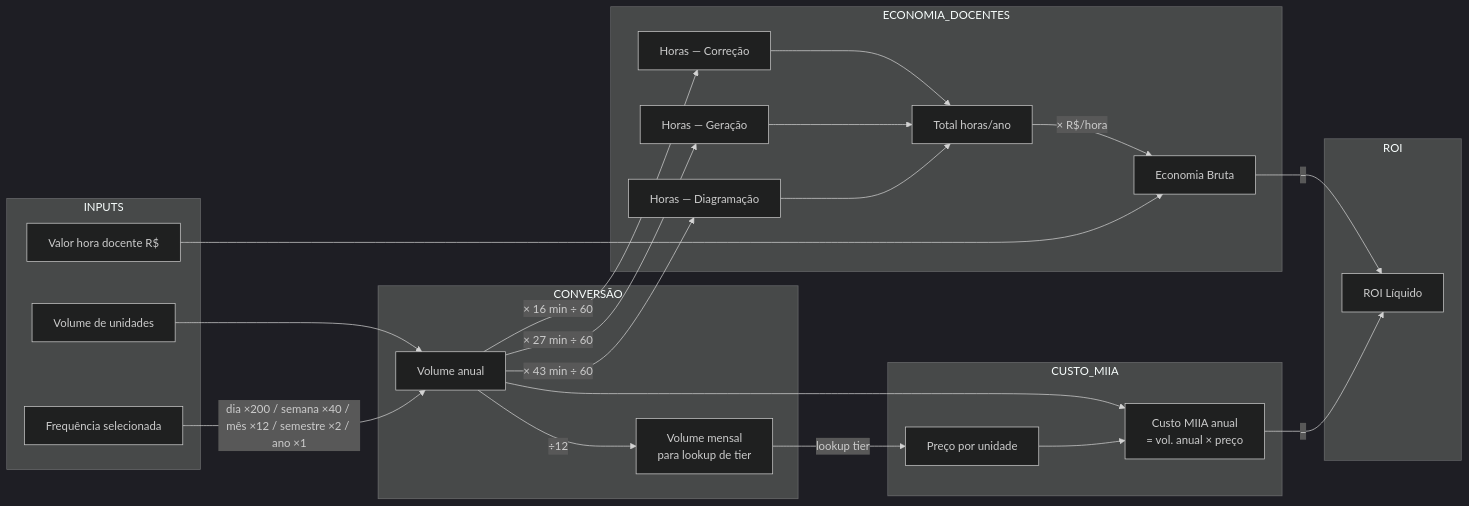
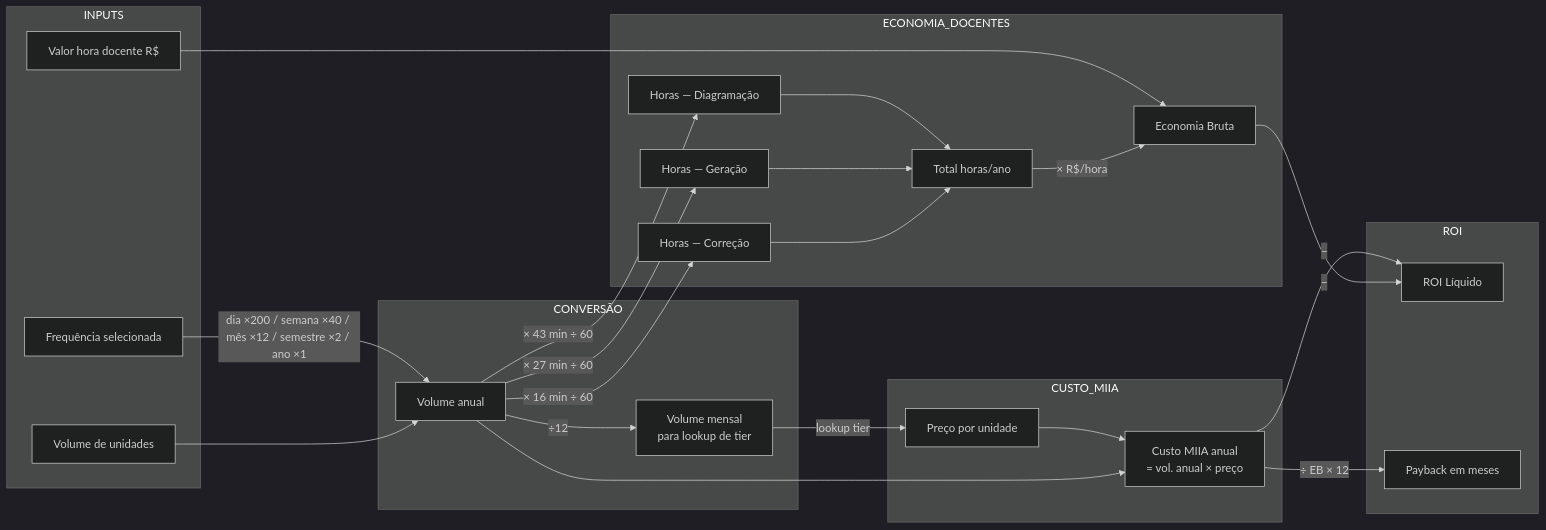
The second of 4 diagrams in README.md (Gustavo130803/calculadora-miia), drawn with Mermaid (dark theme) before and after one commit. The commit also changed other lines of this file, not shown here.

Commit message:
docs: atualiza README — substitui Eficiência Ganha por Payback

````diff
--- a/README.md
+++ b/README.md
@@ -44,34 +44,35 @@
 ```mermaid
 flowchart LR
     subgraph INPUTS
         V[Volume de unidades]
         F[Frequência selecionada]
         VH[Valor hora docente R$]
     end
 
     subgraph CONVERSÃO
         V --> AN[Volume anual]
         F -->|dia ×200 / semana ×40 / mês ×12 / semestre ×2 / ano ×1| AN
         AN --> |÷12| MN[Volume mensal\npara lookup de tier]
     end
 
     subgraph ECONOMIA_DOCENTES
         AN --> |"× 16 min ÷ 60"| HC[Horas — Correção]
         AN --> |"× 27 min ÷ 60"| HG[Horas — Geração]
         AN --> |"× 43 min ÷ 60"| HD[Horas — Diagramação]
         HC & HG & HD --> TH[Total horas/ano]
         TH --> |"× R$/hora"| EB[Economia Bruta]
         VH --> EB
     end
 
     subgraph CUSTO_MIIA
         MN --> |lookup tier| PC[Preço por unidade]
         AN --> CM[Custo MIIA anual\n= vol. anual × preço]
         PC --> CM
     end
 
     subgraph ROI
         EB --> |"−"| RL[ROI Líquido]
         CM --> |"−"| RL
+        CM --> |"÷ EB × 12"| PB[Payback em meses]
     end
 ```
````
